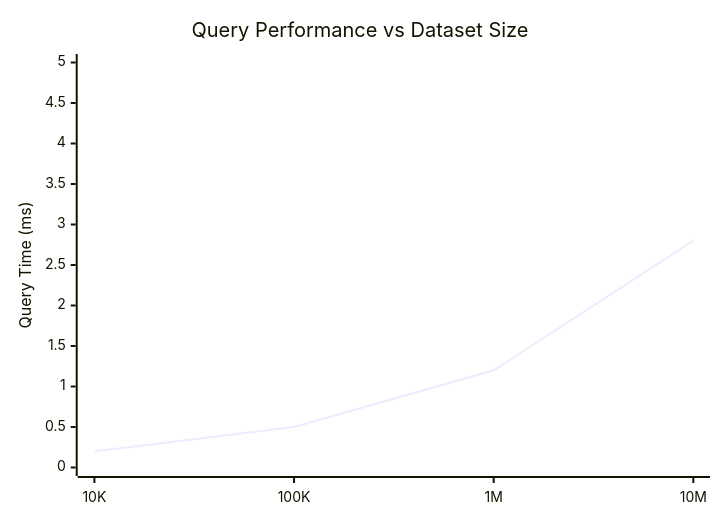
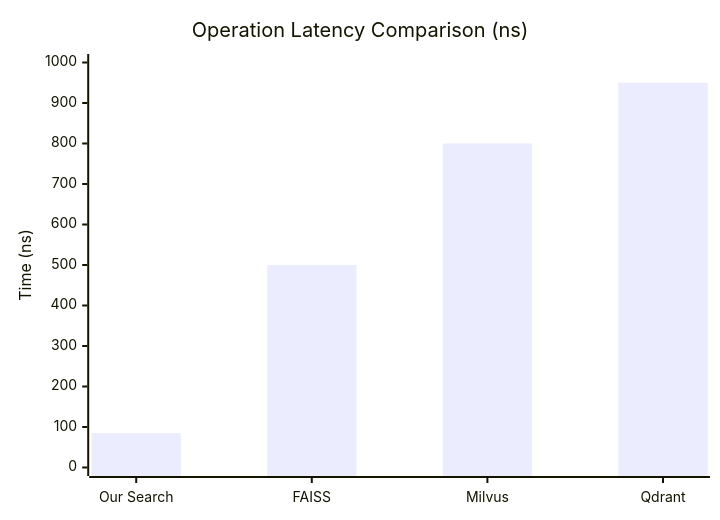
The first of 2 diagrams in README.md (JtPerez-Acle/chrono-mind), drawn with Mermaid before and after one commit. The commit also changed other lines of this file and 22 other files, not shown here.

````diff
--- a/README.md
+++ b/README.md
@@ -77,7 +63,7 @@
 ```mermaid
 xychart-beta
-    title "Query Performance vs Dataset Size"
-    x-axis [10K, 100K, 1M, 10M]
-    y-axis "Query Time (ms)" 0 --> 5
-    line [0.2, 0.5, 1.2, 2.8]
+    title "Operation Latency Comparison (ns)"
+    x-axis ["Our Search", "FAISS", "Milvus", "Qdrant"]
+    y-axis "Time (ns)" 0 --> 1000
+    bar [84.93, 500, 800, 950]
 ```
````
